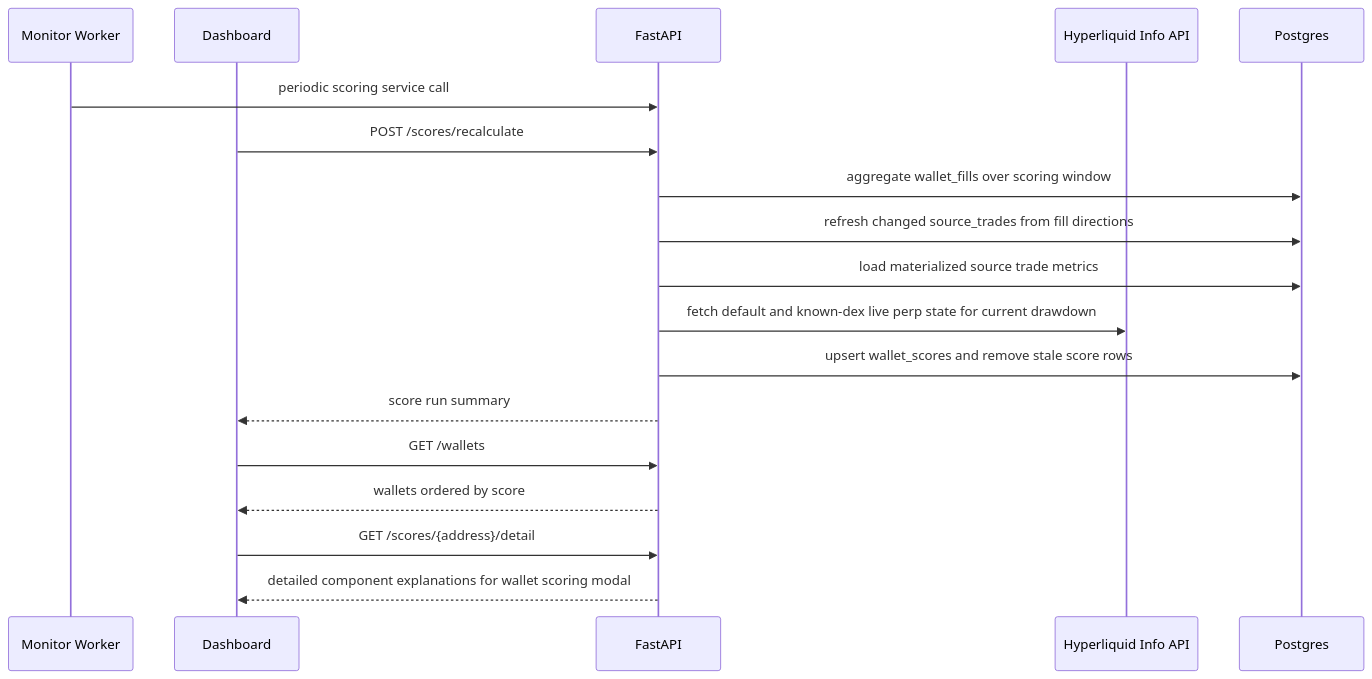
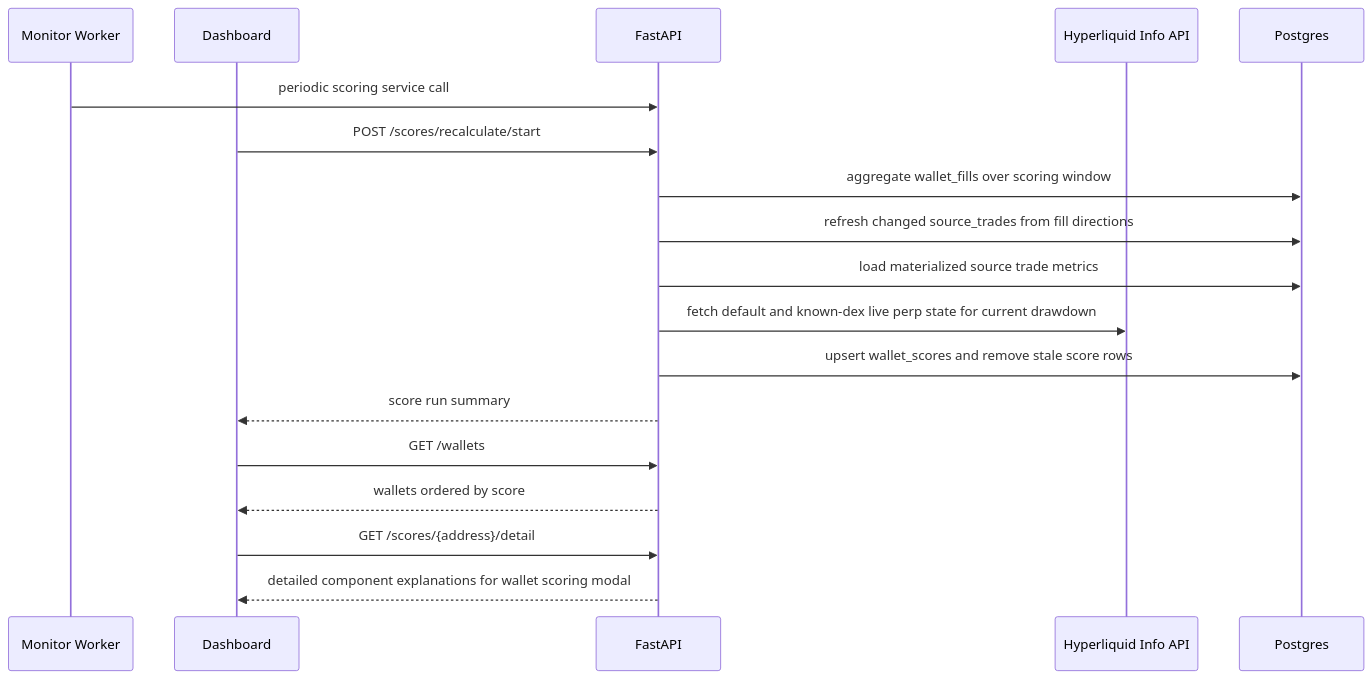
The sixth of 10 diagrams in docs/architecture.md (DrottPoker/copytrading-agent), drawn with Mermaid before and after one commit. The commit also changed other lines of this file and 12 other files, not shown here.

````diff
--- a/docs/architecture.md
+++ b/docs/architecture.md
@@ -356,21 +356,21 @@
 ```mermaid
 sequenceDiagram
   participant Worker as Monitor Worker
   participant UI as Dashboard
   participant API as FastAPI
   participant HL as Hyperliquid Info API
   participant DB as Postgres
 
   Worker->>API: periodic scoring service call
-  UI->>API: POST /scores/recalculate
+  UI->>API: POST /scores/recalculate/start
   API->>DB: aggregate wallet_fills over scoring window
   API->>DB: refresh changed source_trades from fill directions
   API->>DB: load materialized source trade metrics
   API->>HL: fetch default and known-dex live perp state for current drawdown
   API->>DB: upsert wallet_scores and remove stale score rows
   API-->>UI: score run summary
   UI->>API: GET /wallets
   API-->>UI: wallets ordered by score
   UI->>API: GET /scores/{address}/detail
   API-->>UI: detailed component explanations for wallet scoring modal
 ```
````
